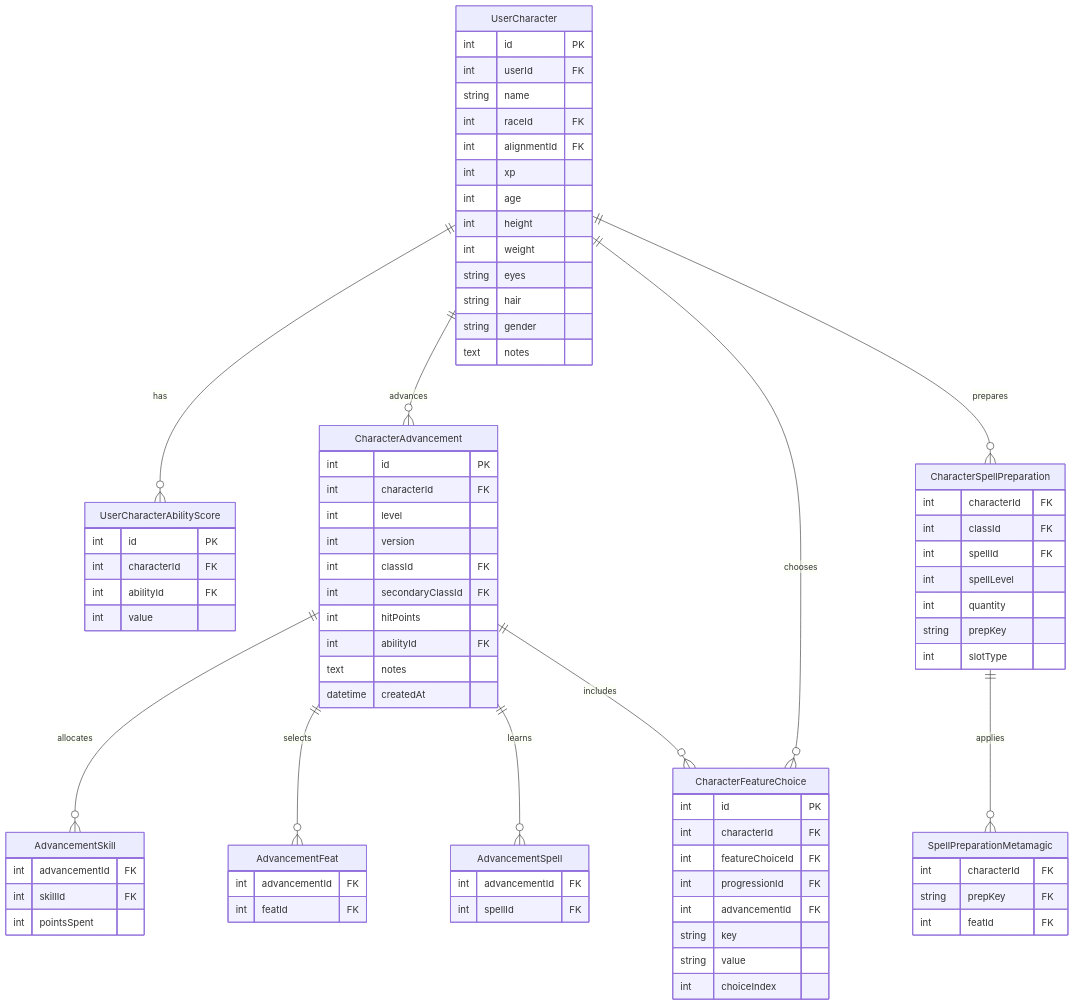
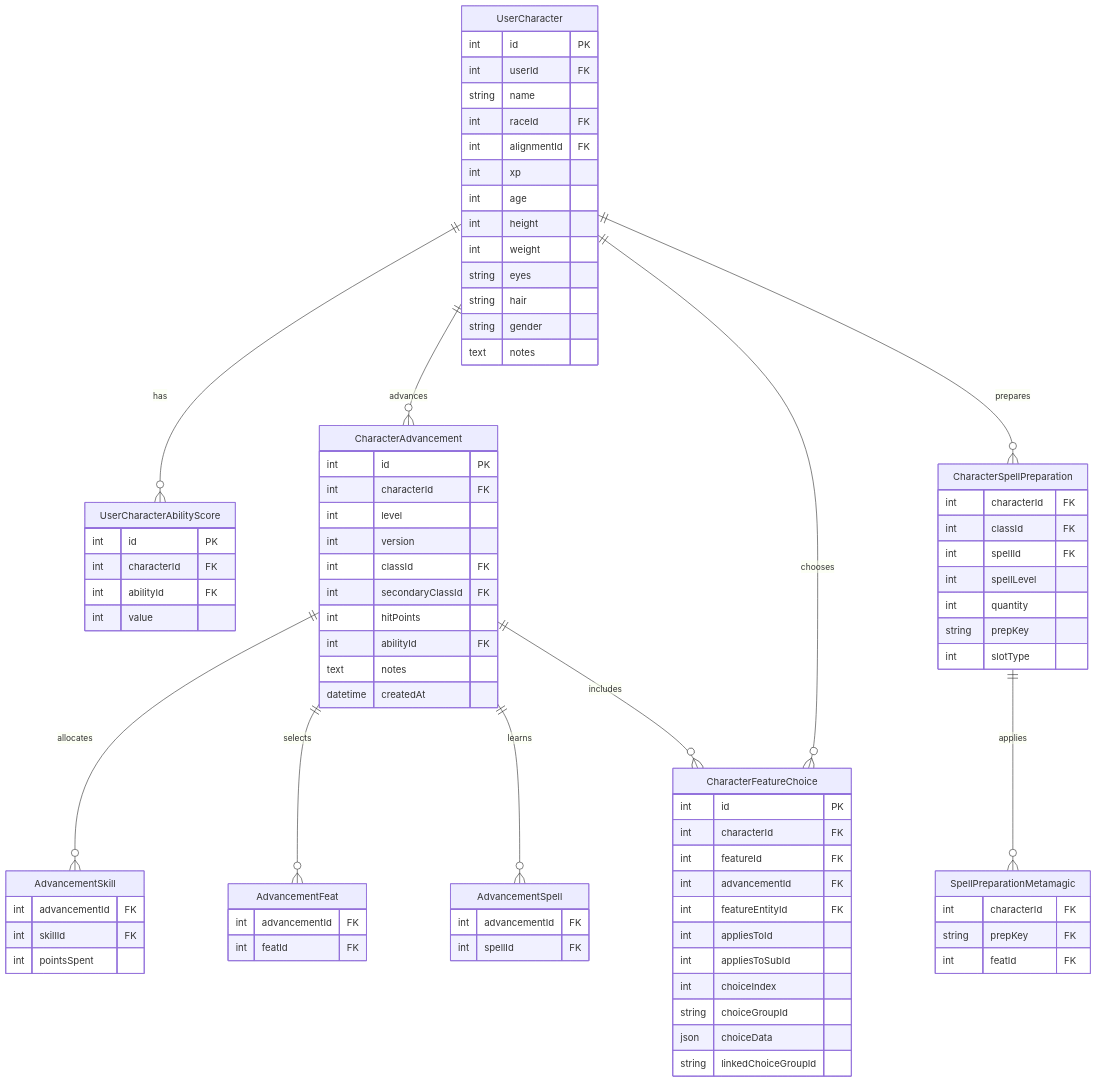
One commit to Cezero/dnd_tools changed the diagram in packages/shared/docs/character-management/database-schema.md. Above: the diagram before and after it, drawn with Mermaid. The commit also changed other lines of this file and 374 other files, not shown here.

```diff
--- a/packages/shared/docs/character-management/database-schema.md
+++ b/packages/shared/docs/character-management/database-schema.md
@@ -383,12 +395,15 @@
     CharacterFeatureChoice {
         int id PK
         int characterId FK
-        int featureChoiceId FK
-        int progressionId FK
+        int featureId FK
         int advancementId FK
-        string key
-        string value
+        int featureEntityId FK
+        int appliesToId
+        int appliesToSubId
         int choiceIndex
+        string choiceGroupId
+        json choiceData
+        string linkedChoiceGroupId
     }
     
     CharacterSpellPreparation {
```
